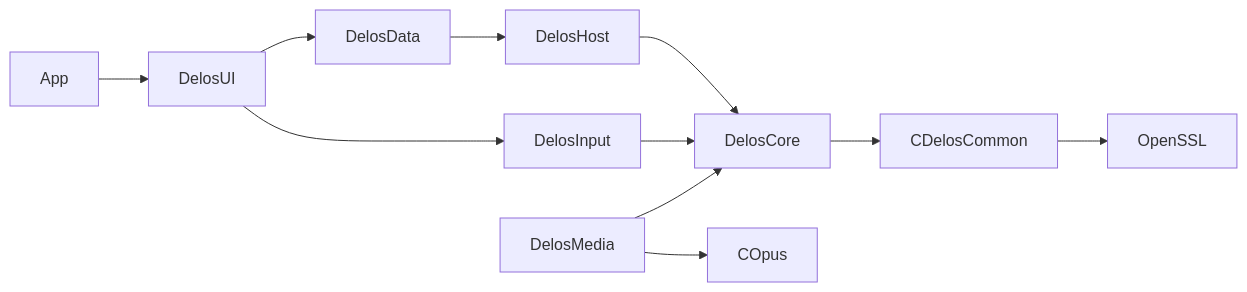
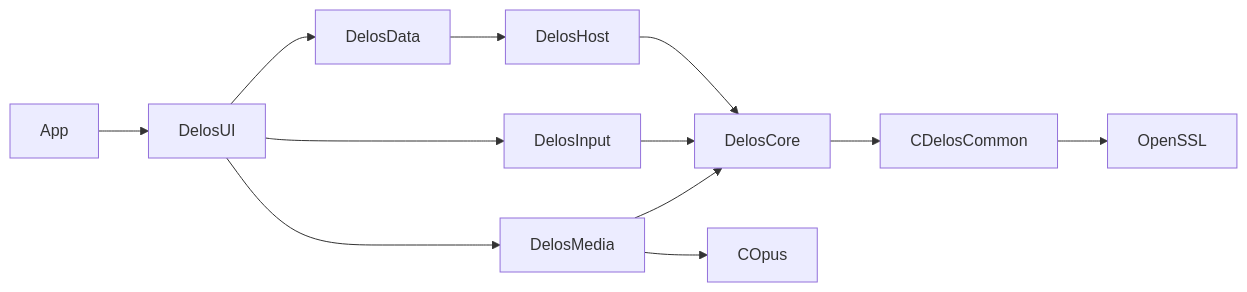
Before and after one commit to DELOS-STREAM/DELOS-apple: the diagram in docs/ARCHITECTURE.md, drawn with Mermaid. The commit also changed other lines of this file and 23 other files, not shown here.

````diff
--- a/docs/ARCHITECTURE.md
+++ b/docs/ARCHITECTURE.md
@@ -23,13 +23,14 @@
 ```mermaid
 graph LR
   App --> DelosUI
   DelosUI --> DelosData
   DelosUI --> DelosInput
+  DelosUI --> DelosMedia
   DelosData --> DelosHost
   DelosHost --> DelosCore
   DelosMedia --> DelosCore
   DelosMedia --> COpus
   DelosCore --> CDelosCommon
   CDelosCommon --> OpenSSL
   DelosInput --> DelosCore
 ```
````
